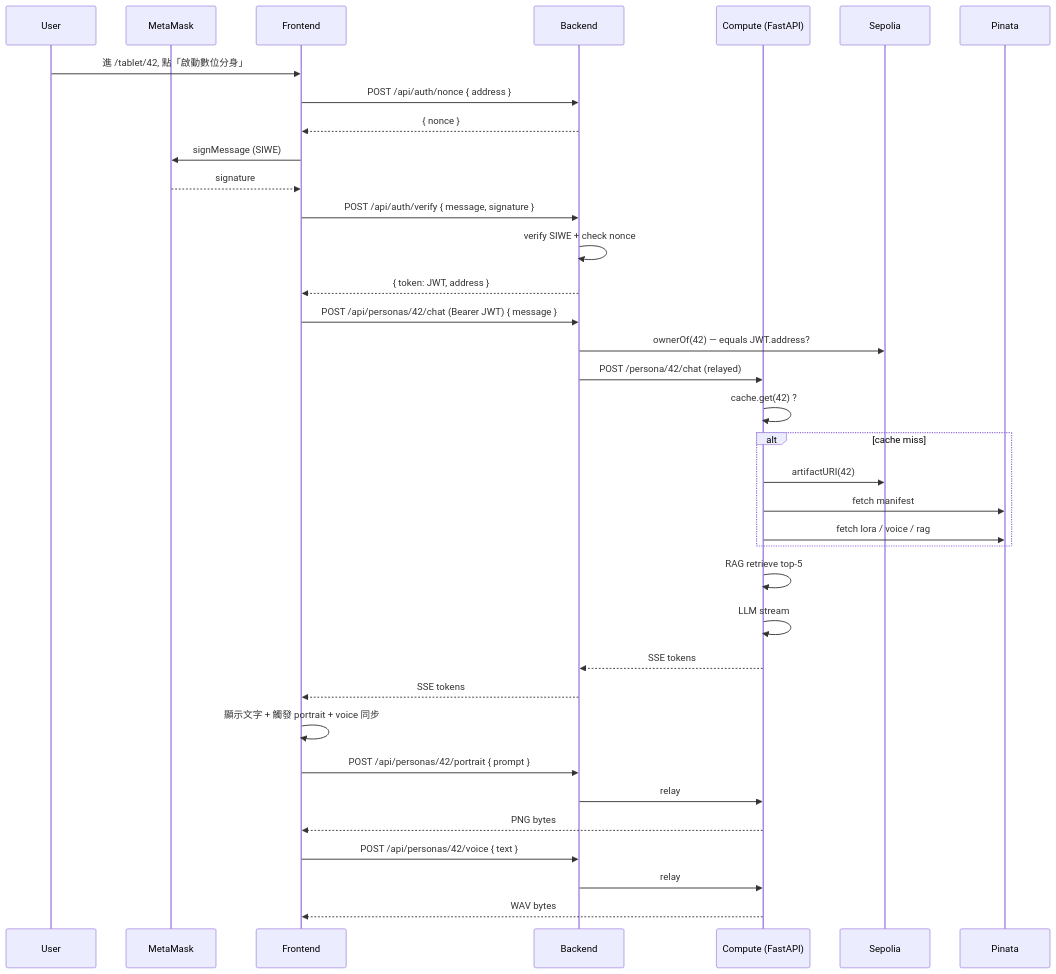
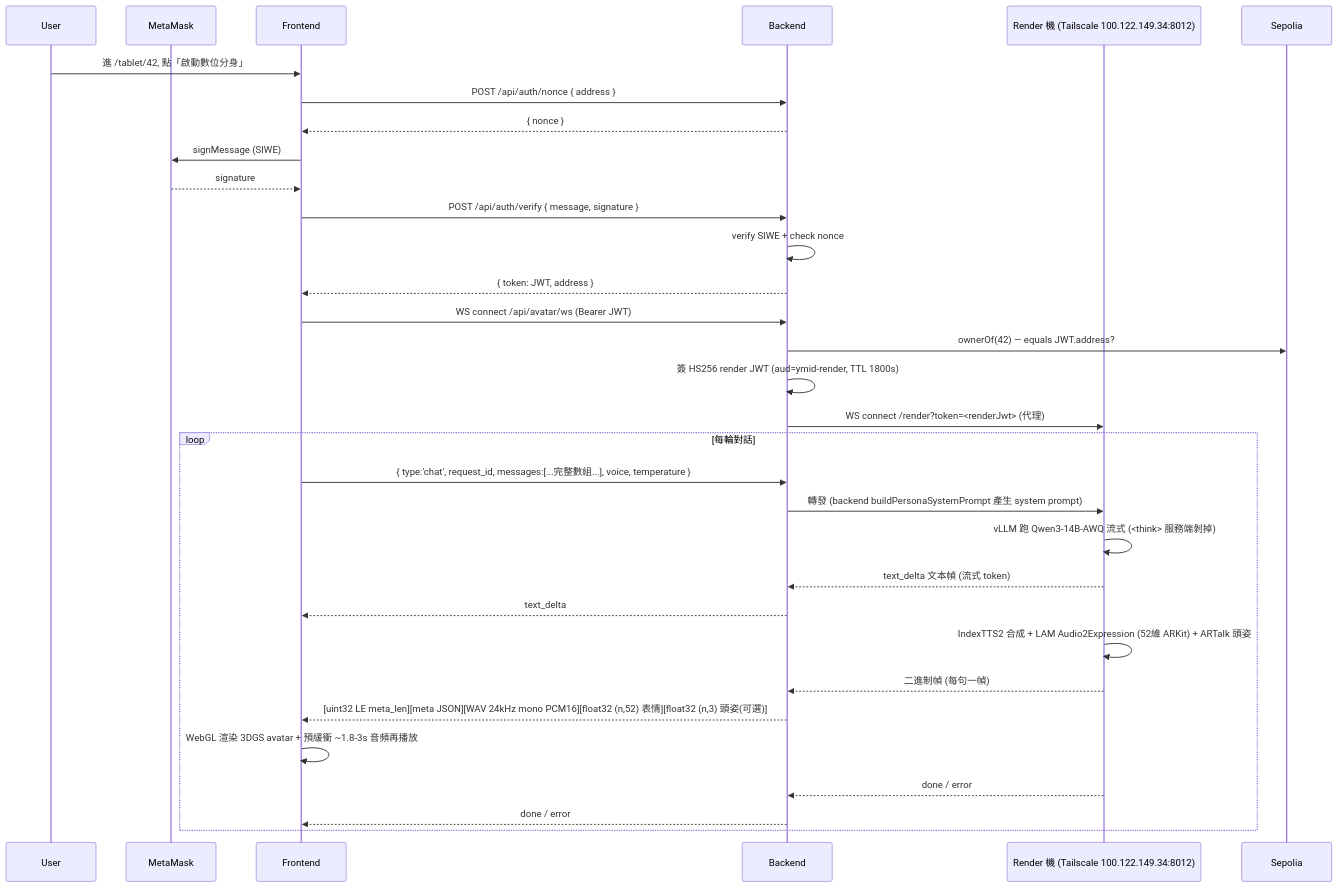
One commit to frank931023/Your-Mama-IsDead changed the fourth of 4 diagrams in docs/data-flow.md. Above: the diagram before and after it, drawn with Mermaid. The commit also changed other lines of this file and 42 other files, not shown here.

Commit message:
feat: add RAG(pgvector) + local streaming 3DGS avatar(LAM + qwen + indextts2 + artalk)

````diff
--- a/docs/data-flow.md
+++ b/docs/data-flow.md
@@ -73,40 +135,37 @@
 ```mermaid
 sequenceDiagram
     participant U as User
     participant W as MetaMask
     participant FE as Frontend
     participant BE as Backend
-    participant K as Compute (FastAPI)
+    participant R as Render 機 (Tailscale 100.122.149.34:8012)
     participant C as Sepolia
-    participant P as Pinata
 
     U->>FE: 進 /tablet/42, 點「啟動數位分身」
     FE->>BE: POST /api/auth/nonce { address }
     BE-->>FE: { nonce }
     FE->>W: signMessage (SIWE)
     W-->>FE: signature
     FE->>BE: POST /api/auth/verify { message, signature }
     BE->>BE: verify SIWE + check nonce
     BE-->>FE: { token: JWT, address }
 
-    FE->>BE: POST /api/personas/42/chat (Bearer JWT) { message }
+    FE->>BE: WS connect /api/avatar/ws (Bearer JWT)
     BE->>C: ownerOf(42) — equals JWT.address?
-    BE->>K: POST /persona/42/chat (relayed)
-    K->>K: cache.get(42) ?
-    alt cache miss
-        K->>C: artifactURI(42)
-        K->>P: fetch manifest
-        K->>P: fetch lora / voice / rag
+    BE->>BE: 簽 HS256 render JWT (aud=ymid-render, TTL 1800s)
+    BE->>R: WS connect /render?token=<renderJwt> (代理)
+
+    loop 每輪對話
+        FE->>BE: { type:'chat', request_id, messages:[...完整數組...], voice, temperature }
+        BE->>R: 轉發 (backend buildPersonaSystemPrompt 產生 system prompt)
+        R->>R: vLLM 跑 Qwen3-14B-AWQ 流式 (<think> 服務端剝掉)
+        R-->>BE: text_delta 文本幀 (流式 token)
+        BE-->>FE: text_delta
+        R->>R: IndexTTS2 合成 + LAM Audio2Expression (52維 ARKit) + ARTalk 頭姿
+        R-->>BE: 二進制幀 (每句一幀)
+        BE-->>FE: [uint32 LE meta_len][meta JSON][WAV 24kHz mono PCM16][float32 (n,52) 表情][float32 (n,3) 頭姿(可選)]
+        FE->>FE: WebGL 渲染 3DGS avatar + 預緩衝 ~1.8-3s 音頻再播放
+        R-->>BE: done / error
+        BE-->>FE: done / error
     end
-    K->>K: RAG retrieve top-5
-    K->>K: LLM stream
-    K-->>BE: SSE tokens
-    BE-->>FE: SSE tokens
-    FE->>FE: 顯示文字 + 觸發 portrait + voice 同步
-    FE->>BE: POST /api/personas/42/portrait { prompt }
-    BE->>K: relay
-    K-->>FE: PNG bytes
-    FE->>BE: POST /api/personas/42/voice { text }
-    BE->>K: relay
-    K-->>FE: WAV bytes
 ```
````
